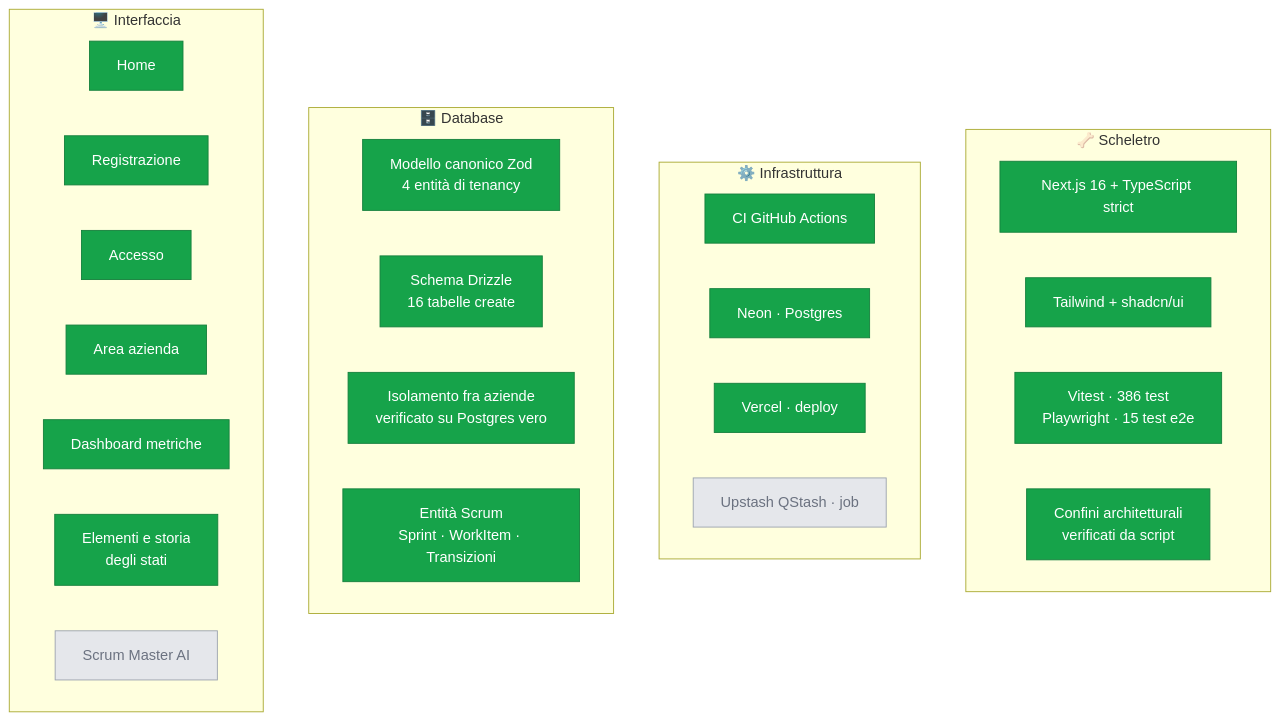
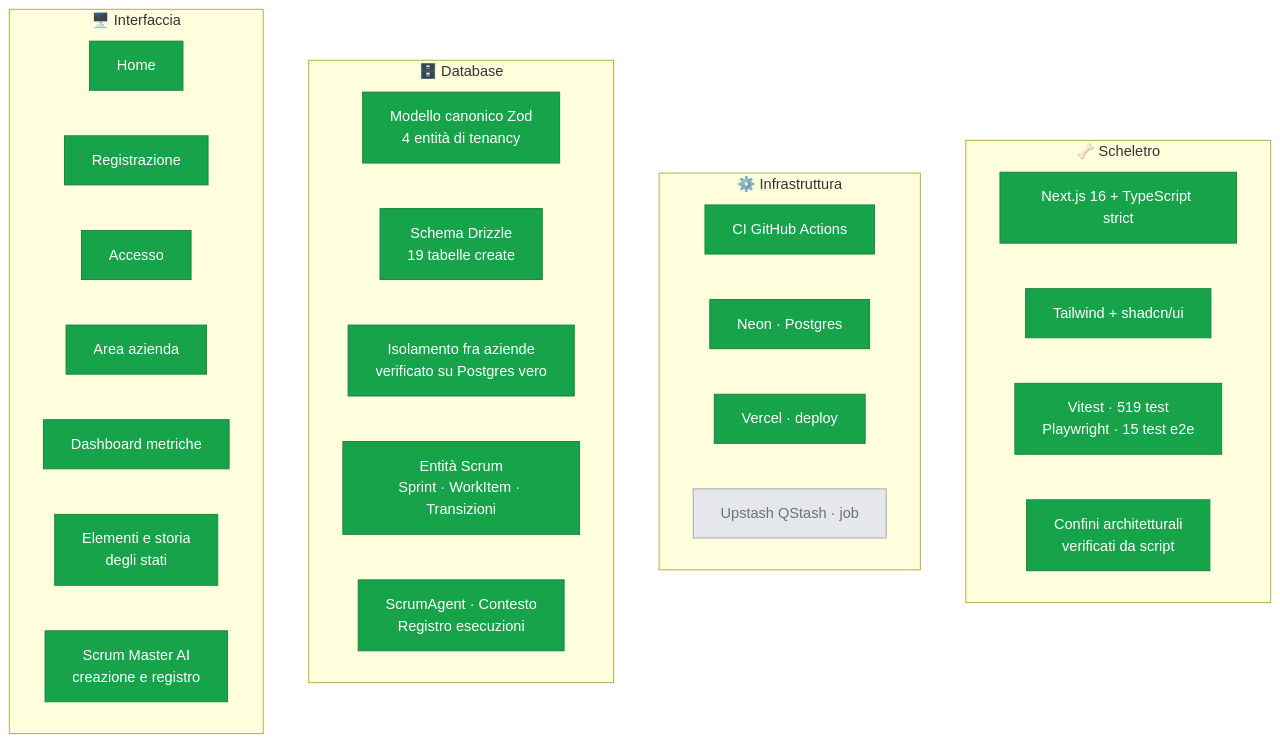
One commit to dibari62/scrum-master-ai changed the first of 3 diagrams in docs/stato-progetto.md. Above: the diagram before and after it, drawn with Mermaid. The commit also changed other lines of this file and 12 other files, not shown here.

First line of the commit message:
feat(agents): si crea uno Scrum Master AI, e ogni esecuzione lascia traccia

````diff
--- a/docs/stato-progetto.md
+++ b/docs/stato-progetto.md
@@ -13,44 +13,44 @@
 ```mermaid
 graph TB
     subgraph SCH["🦴 Scheletro"]
         S1["Next.js 16 + TypeScript strict"]
         S2["Tailwind + shadcn/ui"]
-        S3["Vitest · 386 test<br/>Playwright · 15 test e2e"]
+        S3["Vitest · 519 test<br/>Playwright · 15 test e2e"]
         S4["Confini architetturali<br/>verificati da script"]
     end
 
     subgraph INF["⚙️ Infrastruttura"]
         I1["CI GitHub Actions"]
         I2["Neon · Postgres"]
         I3["Vercel · deploy"]
         I4["Upstash QStash · job"]
     end
 
     subgraph DB["🗄️ Database"]
         D1["Modello canonico Zod<br/>4 entità di tenancy"]
-        D2["Schema Drizzle<br/>16 tabelle create"]
+        D2["Schema Drizzle<br/>19 tabelle create"]
         D3["Isolamento fra aziende<br/>verificato su Postgres vero"]
         D4["Entità Scrum<br/>Sprint · WorkItem · Transizioni"]
+        D5["ScrumAgent · Contesto<br/>Registro esecuzioni"]
     end
 
     subgraph UI["🖥️ Interfaccia"]
         U1["Home"]
         U2["Registrazione"]
         U3["Accesso"]
         U4["Area azienda"]
         U5["Dashboard metriche"]
         U7["Elementi e storia<br/>degli stati"]
-        U6["Scrum Master AI"]
+        U6["Scrum Master AI<br/>creazione e registro"]
     end
 
     classDef fatto fill:#16a34a,stroke:#15803d,color:#fff
     classDef corso fill:#eab308,stroke:#ca8a04,color:#000
     classDef todo fill:#e5e7eb,stroke:#9ca3af,color:#6b7280
 
     class S1,S2,S3,S4 fatto
     class I1,I2,I3 fatto
     class I4 todo
-    class D1,D2,D3,D4 fatto
-    class U1,U2,U3,U4,U5,U7 fatto
-    class U6 todo
+    class D1,D2,D3,D4,D5 fatto
+    class U1,U2,U3,U4,U5,U6,U7 fatto
 ```
````
